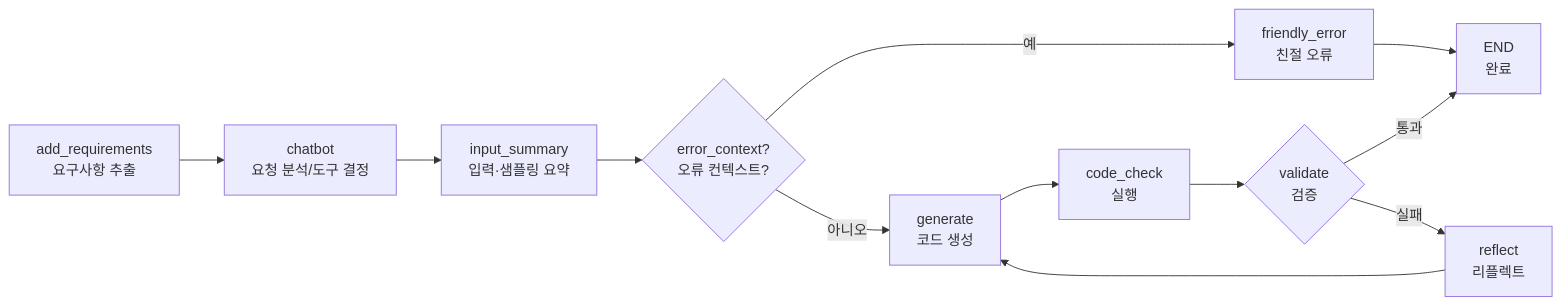
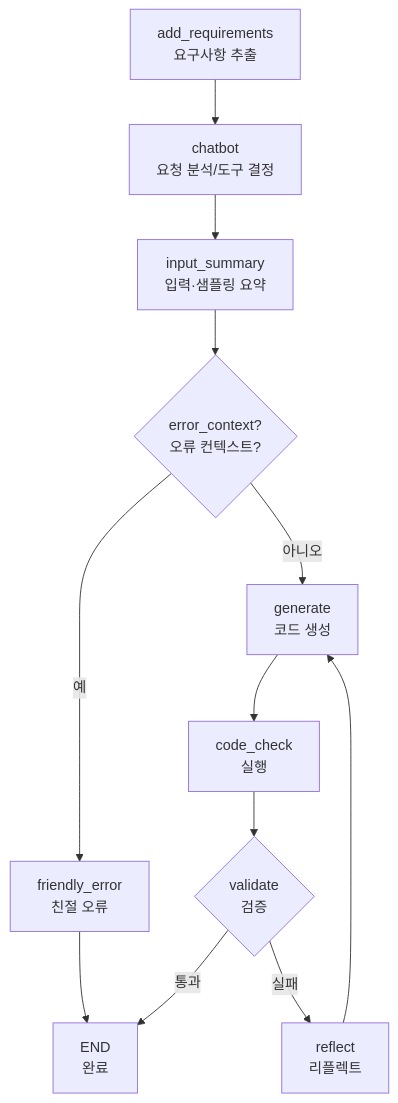
One commit to sonsukwoo/Data_preprocessing_auto changed the second of 3 diagrams in README.md. Above: the diagram before and after it, drawn with Mermaid.

Commit message:
read me 랭그래프 수정

````diff
--- a/README.md
+++ b/README.md
@@ -114,12 +114,12 @@
 ```mermaid
-flowchart LR
+flowchart TD
   A[add_requirements<br/>요구사항 추출] --> B[chatbot<br/>요청 분석/도구 결정]
   B --> C[input_summary<br/>입력·샘플링 요약]
   C --> D{error_context?<br/>오류 컨텍스트?}
   D -->|예| X[friendly_error<br/>친절 오류] --> H[END<br/>완료]
   D -->|아니오| E[generate<br/>코드 생성]
   E --> F[code_check<br/>실행]
   F --> G{validate<br/>검증}
   G -->|통과| H
   G -->|실패| R[reflect<br/>리플렉트] --> E
 ```
````
